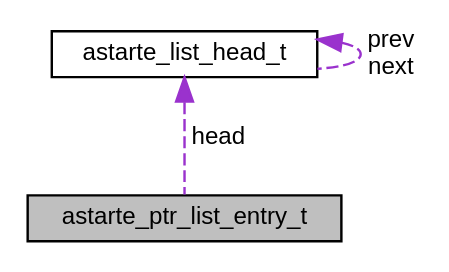
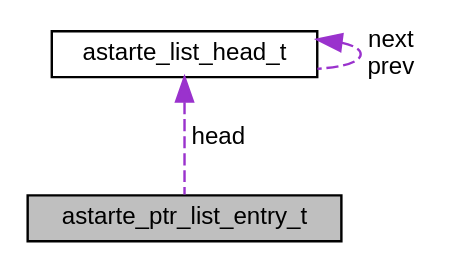
The diagram in 1.0/device-sdks/esp32/structastarte__ptr__list__entry__t__coll__graph.dot (astarte-platform/docs), drawn with Graphviz before and after one commit. The commit also changed 99 other files, not shown here.

```diff
--- a/1.0/device-sdks/esp32/structastarte__ptr__list__entry__t__coll__graph.dot
+++ b/1.0/device-sdks/esp32/structastarte__ptr__list__entry__t__coll__graph.dot
@@ -1,10 +1,10 @@
 digraph "astarte_ptr_list_entry_t"
 {
  // LATEX_PDF_SIZE
   edge [fontname="Helvetica",fontsize="10",labelfontname="Helvetica",labelfontsize="10"];
   node [fontname="Helvetica",fontsize="10",shape=record];
   Node1 [label="astarte_ptr_list_entry_t",height=0.2,width=0.4,color="black", fillcolor="grey75", style="filled", fontcolor="black",tooltip=" "];
   Node2 -> Node1 [dir="back",color="darkorchid3",fontsize="10",style="dashed",label=" head" ,fontname="Helvetica"];
   Node2 [label="astarte_list_head_t",height=0.2,width=0.4,color="black", fillcolor="white", style="filled",URL="$structastarte__list__head__t.html",tooltip=" "];
-  Node2 -> Node2 [dir="back",color="darkorchid3",fontsize="10",style="dashed",label=" prev\nnext" ,fontname="Helvetica"];
+  Node2 -> Node2 [dir="back",color="darkorchid3",fontsize="10",style="dashed",label=" next\nprev" ,fontname="Helvetica"];
 }
```
